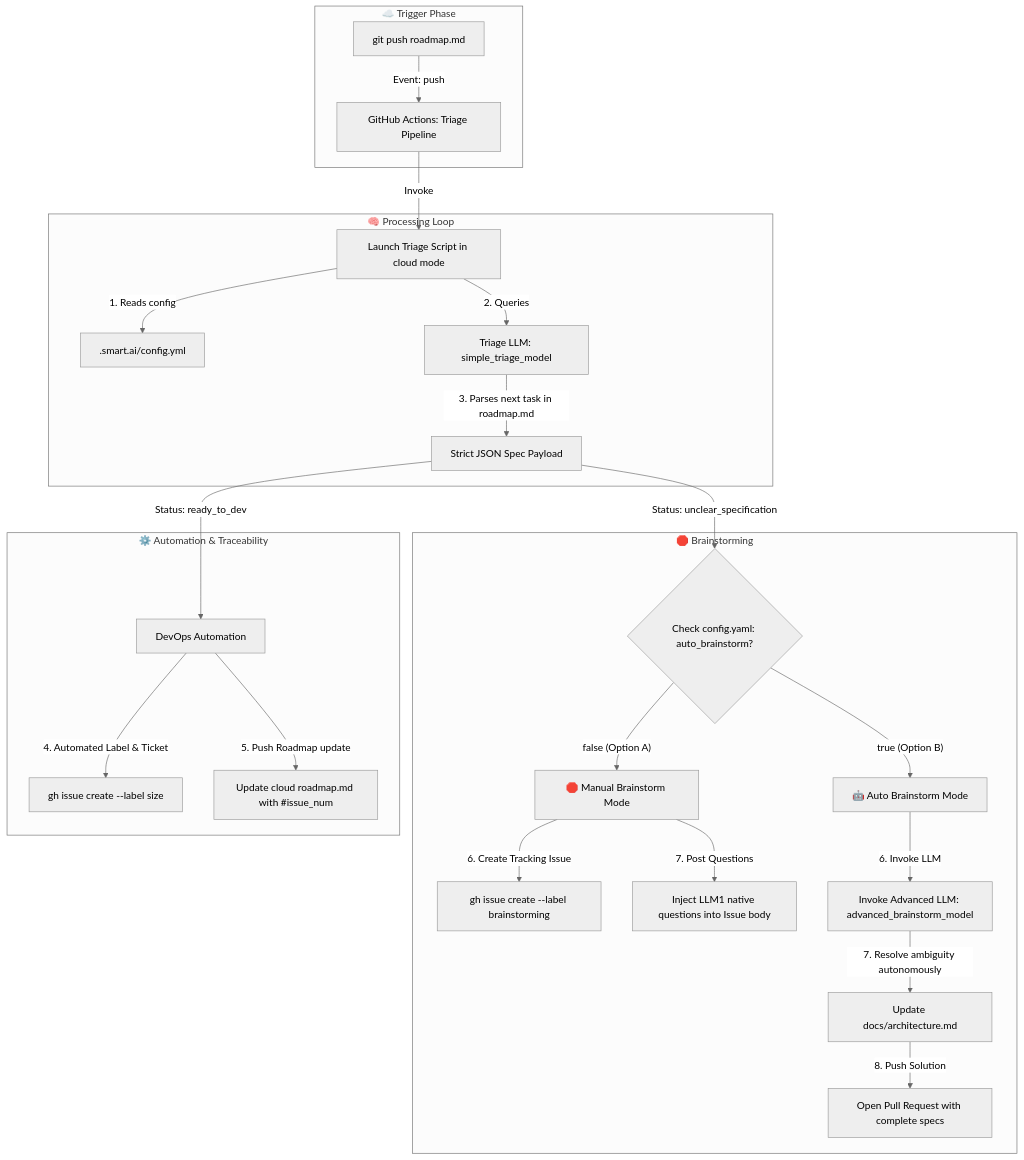
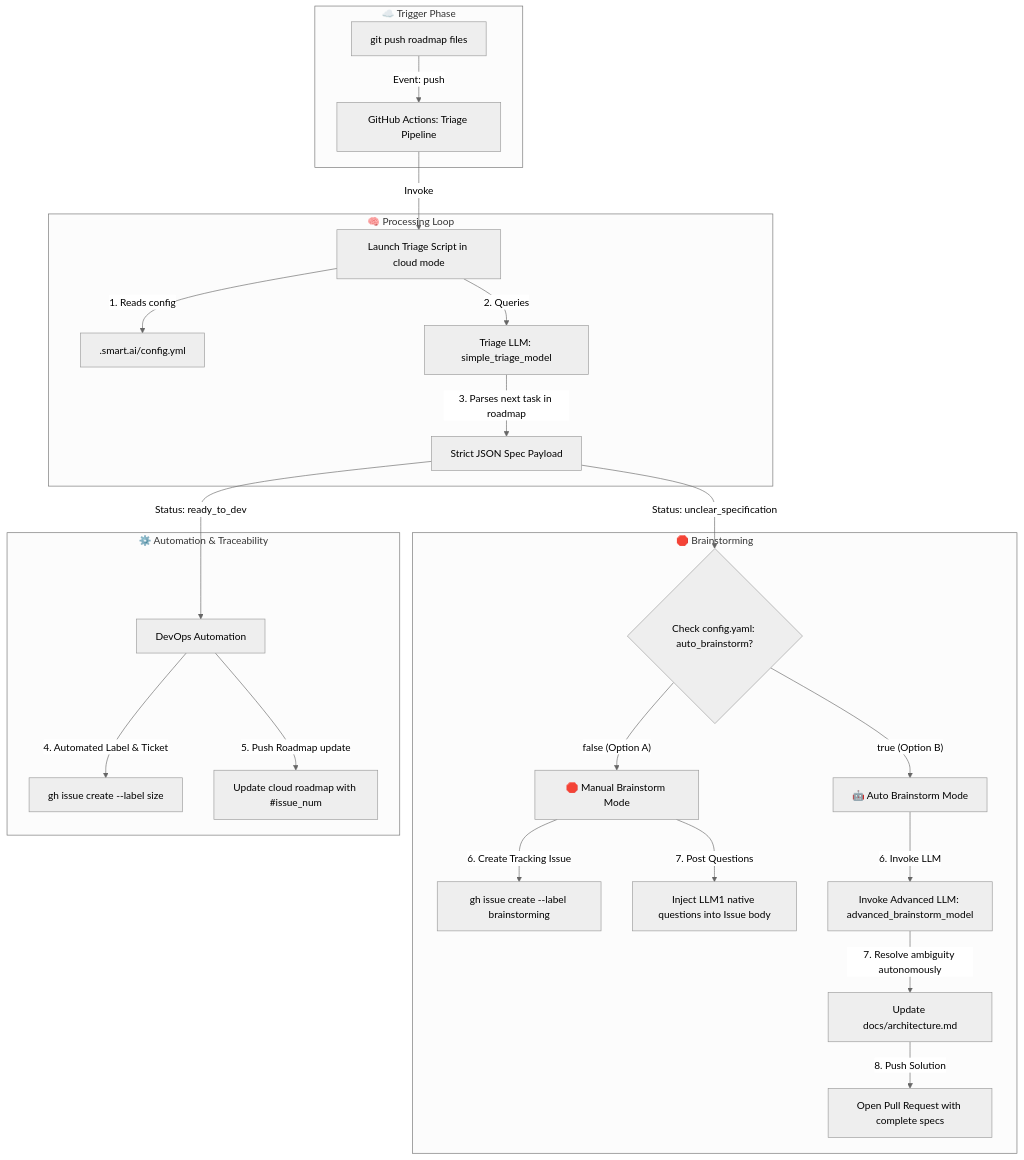
Before and after one commit to fletort/smart-ai-factory: the diagram in docs/pipelines/triage_cloud.md, drawn with Mermaid (neutral theme). The commit also changed other lines of this file and 6 other files, not shown here.

````diff
--- a/docs/pipelines/triage_cloud.md
+++ b/docs/pipelines/triage_cloud.md
@@ -17,35 +17,35 @@
 ```mermaid
 graph TD
     subgraph "☁️ Trigger Phase"
-        Git[git push roadmap.md] -->|Event: push| CI_Triage[GitHub Actions: Triage Pipeline]
+        Git[git push roadmap files] -->|Event: push| CI_Triage[GitHub Actions: Triage Pipeline]
     end
 
     subgraph box1["🧠 Processing Loop"]
         CI_Triage -->|Invoke| CoreTriage[Launch Triage Script in cloud mode]
         CoreTriage -->|1. Reads config| Config[.smart.ai/config.yml]
         CoreTriage -->|2. Queries| LLM1[Triage LLM: simple_triage_model]
-        LLM1 -->|3. Parses next task in roadmap.md| JSON1[Strict JSON Spec Payload]
+        LLM1 -->|3. Parses next task in roadmap| JSON1[Strict JSON Spec Payload]
     end
 
     subgraph "🛑 Brainstorming"
         JSON1 -->|"Status: unclear_specification"| CheckConfig{Check config.yaml: auto_brainstorm?}
 
         %% OPTION A : Stop & Open a Ticket
         CheckConfig -->|"false (Option A)"| CloudStop[🛑 Manual Brainstorm Mode]
         CloudStop -->|6. Create Tracking Issue| GH_BS[gh issue create --label brainstorming]
         CloudStop -->|7. Post Questions| NativeComment[Inject LLM1 native questions into Issue body]
 
         %% OPTION B : Full Auto Brainstorm -> PR Direct
         CheckConfig -->|"true (Option B)"| CloudAuto[🤖 Auto Brainstorm Mode]
         CloudAuto -->|6. Invoke LLM| LLM2[Invoke Advanced LLM: advanced_brainstorm_model]
         LLM2 -->|7. Resolve ambiguity autonomously| Fix[Update docs/architecture.md]
         Fix -->|8. Push Solution| PR[Open Pull Request with complete specs]
     end
 
     subgraph "⚙️ Automation & Traceability"
         JSON1 -->|"Status: ready_to_dev"| DevOpCloud[DevOps Automation]
         DevOpCloud -->|4. Automated Label & Ticket| GH_Issue[gh issue create --label size]
-        DevOpCloud -->|5. Push Roadmap update| GitSync[Update cloud roadmap.md with #issue_num]
+        DevOpCloud -->|5. Push Roadmap update| GitSync[Update cloud roadmap with #issue_num]
     end
 
 ```
````
